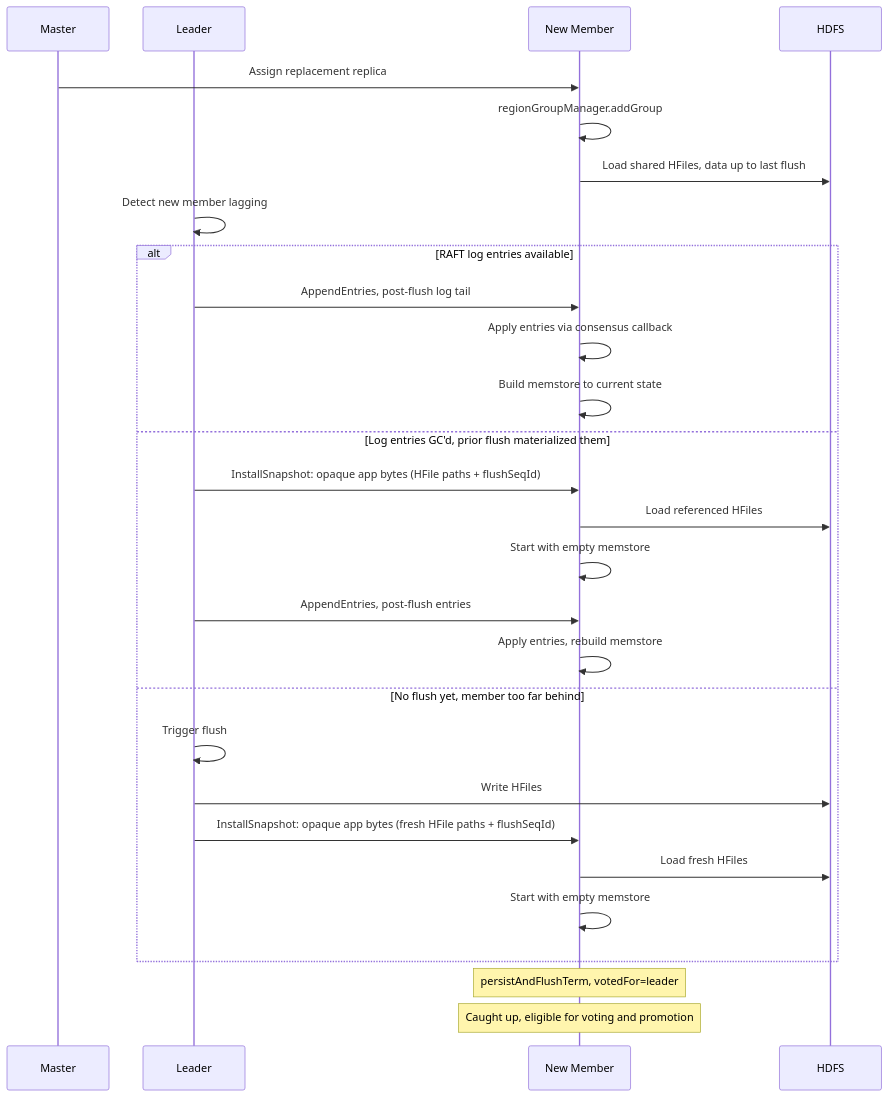
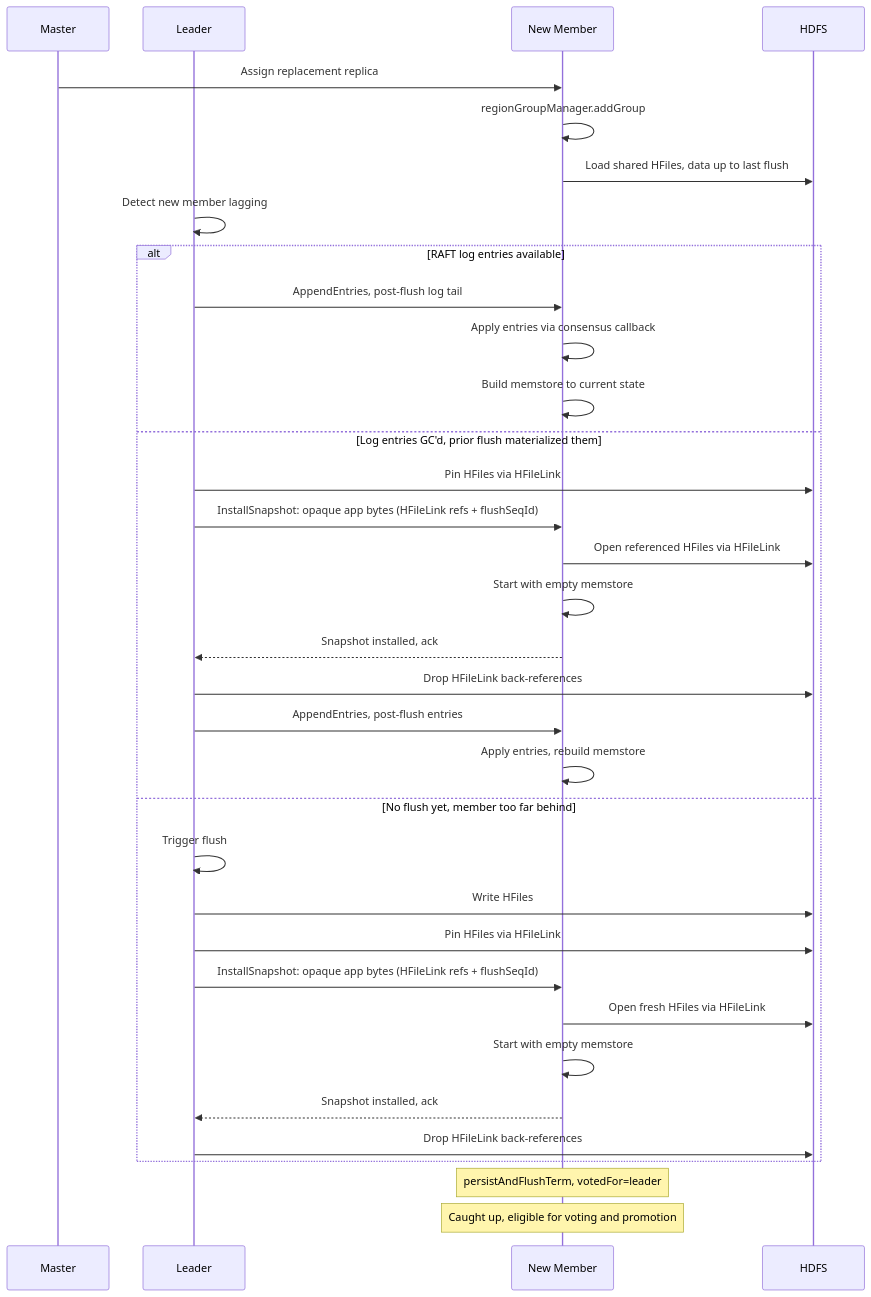
One commit to apurtell/hbase changed diagram 14 of 17 in RAFT_REGION_REPLICAS.md. Above: the diagram before and after it, drawn with Mermaid. The commit also changed other lines of this file and 17 other files, not shown here.

````diff
--- a/RAFT_REGION_REPLICAS.md
+++ b/RAFT_REGION_REPLICAS.md
@@ -1113,35 +1181,41 @@
 ```mermaid
 sequenceDiagram
     participant M as Master
     participant L as Leader
     participant N as New Member
     participant HDFS as HDFS
 
     M->>N: Assign replacement replica
     N->>N: regionGroupManager.addGroup
 
     N->>HDFS: Load shared HFiles, data up to last flush
 
     L->>L: Detect new member lagging
 
     alt RAFT log entries available
         L->>N: AppendEntries, post-flush log tail
         N->>N: Apply entries via consensus callback
         N->>N: Build memstore to current state
     else Log entries GC'd, prior flush materialized them
-        L->>N: InstallSnapshot: opaque app bytes (HFile paths + flushSeqId)
-        N->>HDFS: Load referenced HFiles
+        L->>HDFS: Pin HFiles via HFileLink
+        L->>N: InstallSnapshot: opaque app bytes (HFileLink refs + flushSeqId)
+        N->>HDFS: Open referenced HFiles via HFileLink
         N->>N: Start with empty memstore
+        N-->>L: Snapshot installed, ack
+        L->>HDFS: Drop HFileLink back-references
         L->>N: AppendEntries, post-flush entries
         N->>N: Apply entries, rebuild memstore
     else No flush yet, member too far behind
         L->>L: Trigger flush
         L->>HDFS: Write HFiles
-        L->>N: InstallSnapshot: opaque app bytes (fresh HFile paths + flushSeqId)
-        N->>HDFS: Load fresh HFiles
+        L->>HDFS: Pin HFiles via HFileLink
+        L->>N: InstallSnapshot: opaque app bytes (HFileLink refs + flushSeqId)
+        N->>HDFS: Open fresh HFiles via HFileLink
         N->>N: Start with empty memstore
+        N-->>L: Snapshot installed, ack
+        L->>HDFS: Drop HFileLink back-references
     end
 
     Note over N: persistAndFlushTerm, votedFor=leader
     Note over N: Caught up, eligible for voting and promotion
 ```
````
